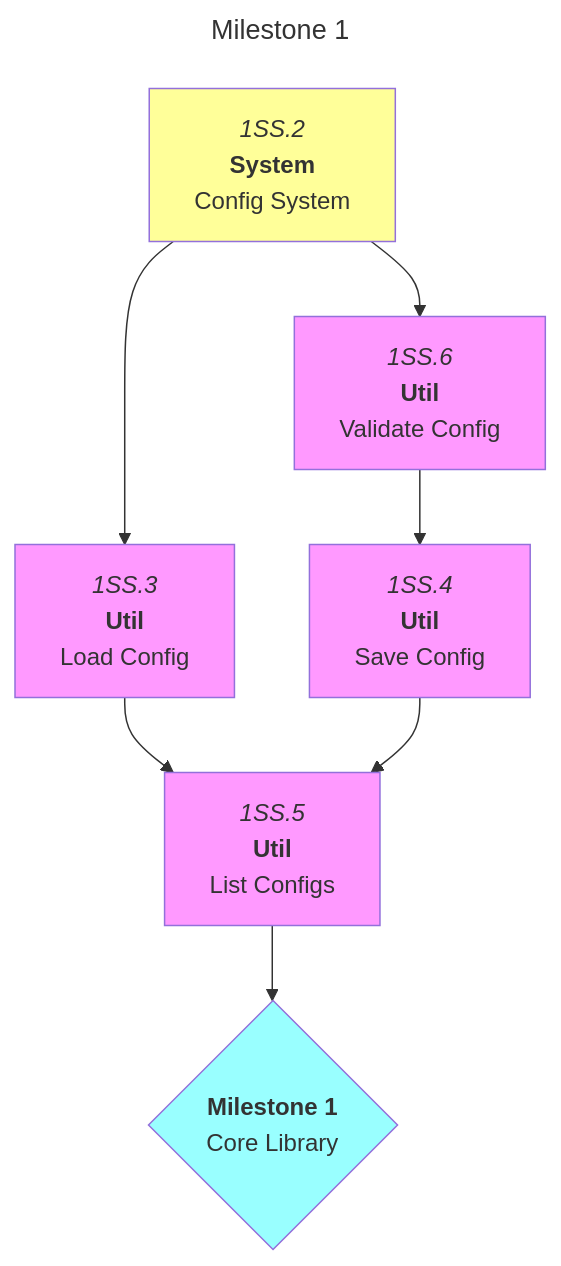
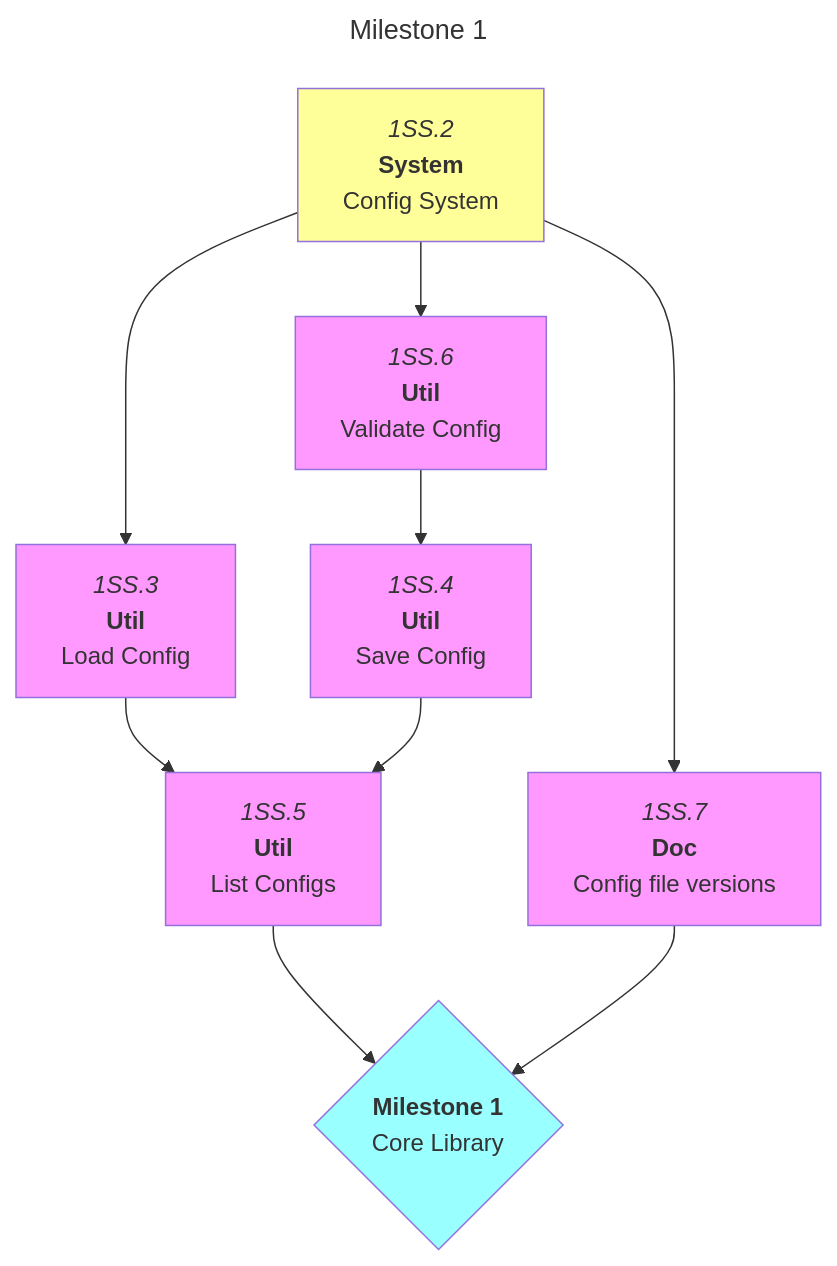
The first of 6 diagrams in docs/roadmaps/mvp.md (foundersandcoders/iris), drawn with Mermaid before and after one commit. The commit also changed other lines of this file, not shown here.

Commit message:
docs: update roadmap

````diff
--- a/docs/roadmaps/mvp.md
+++ b/docs/roadmaps/mvp.md
@@ -46,18 +46,19 @@
 ```mermaid
 ---
 title: Milestone 1
 ---
 graph TD
 
-1SS.2["`*1SS.2*<br/>**System**<br/>Config System`"]:::open --> 1SS.3 & 1SS.6
+1SS.2["`*1SS.2*<br/>**System**<br/>Config System`"]:::open --> 1SS.3 & 1SS.6 & 1SS.7
 1SS.3["`*1SS.3*<br/>**Util**<br/>Load Config`"] --> 1SS.5
 1SS.4["`*1SS.4*<br/>**Util**<br/>Save Config`"] --> 1SS.5
 1SS.5["`*1SS.5*<br/>**Util**<br/>List Configs`"] --> m1
 1SS.6["`*1SS.6*<br/>**Util**<br/>Validate Config`"] --> 1SS.4
+1SS.7["`*1SS.7*<br/>**Doc**<br/>Config file versions`"] --> m1
 
 m1{"`**Milestone 1**<br/>Core Library`"}:::mile
 
 classDef default,blocked fill:#f9f;
 classDef open fill:#ff9;
 classDef mile fill:#9ff;
 ```
````
